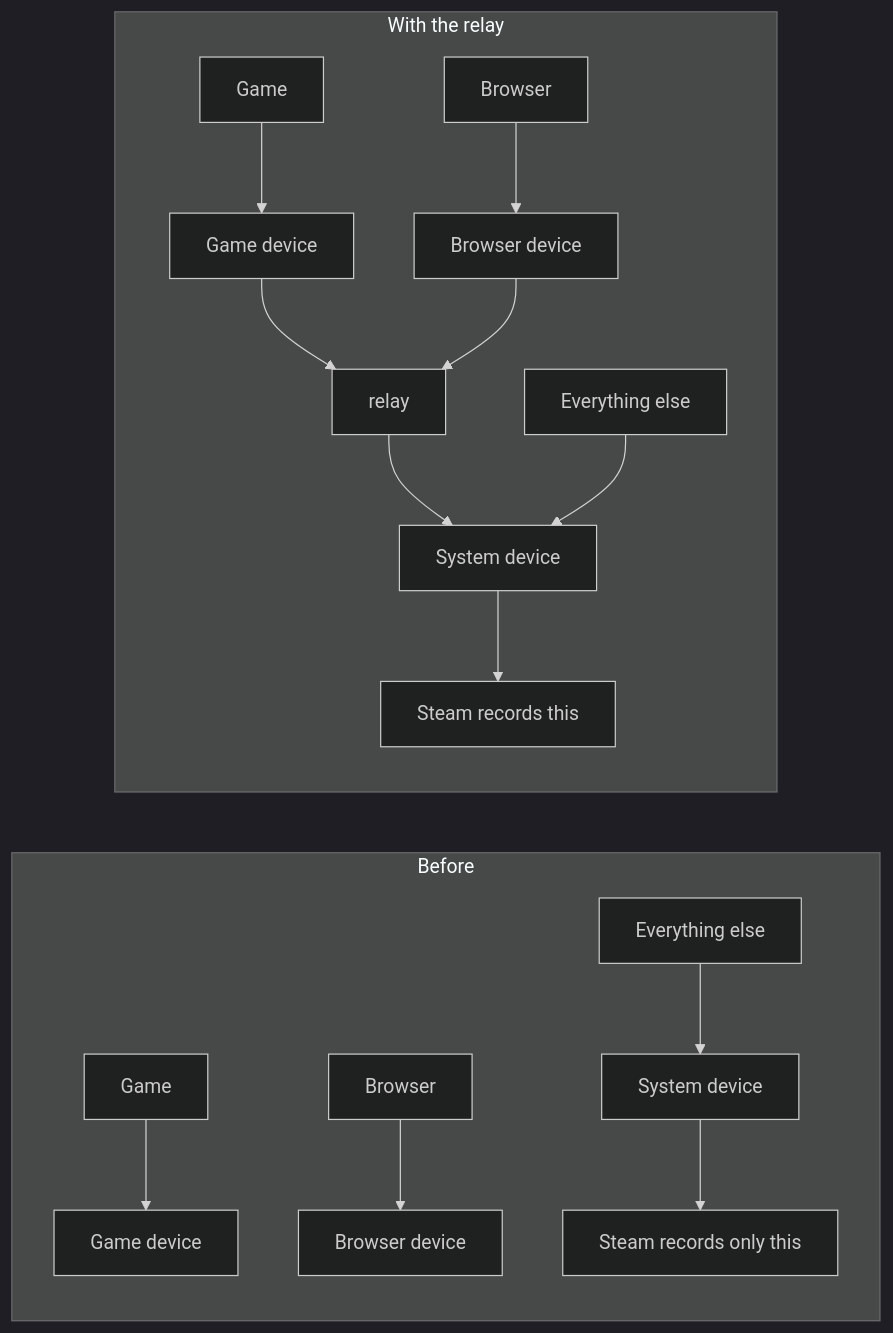
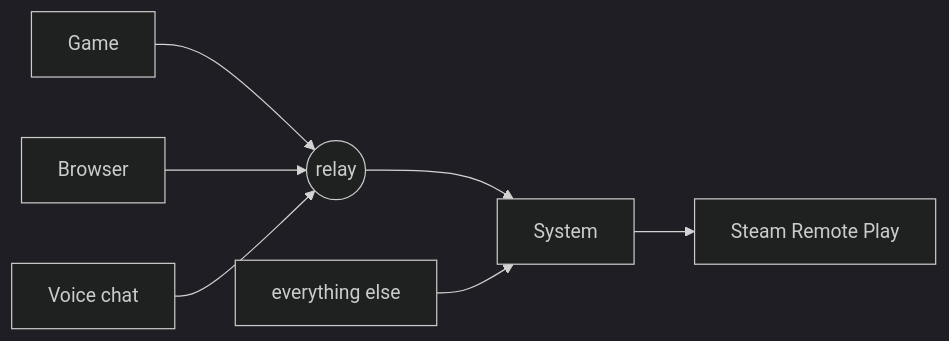
Before and after one commit to dev-kalleno/steam-audio-relay: the diagram in README.md, drawn with Mermaid (dark theme). The commit also changed other lines of this file, not shown here.

````diff
--- a/README.md
+++ b/README.md
@@ -19,18 +93,9 @@
 ```mermaid
 flowchart LR
-  subgraph before [Before]
-    A1[Game] --> D1[Game device]
-    A2[Browser] --> D2[Browser device]
-    A3[Everything else] --> S1[System device]
-    S1 --> T1[Steam records only this]
-  end
-  subgraph after [With the relay]
-    B1[Game] --> E1[Game device]
-    B2[Browser] --> E2[Browser device]
-    E1 --> R[relay]
-    E2 --> R
-    R --> S2[System device]
-    B3[Everything else] --> S2
-    S2 --> T2[Steam records this]
-  end
+  G[Game] --> R((relay))
+  B[Browser] --> R
+  V[Voice chat] --> R
+  R --> S[System]
+  O[everything else] --> S
+  S --> ST[Steam Remote Play]
 ```
````
